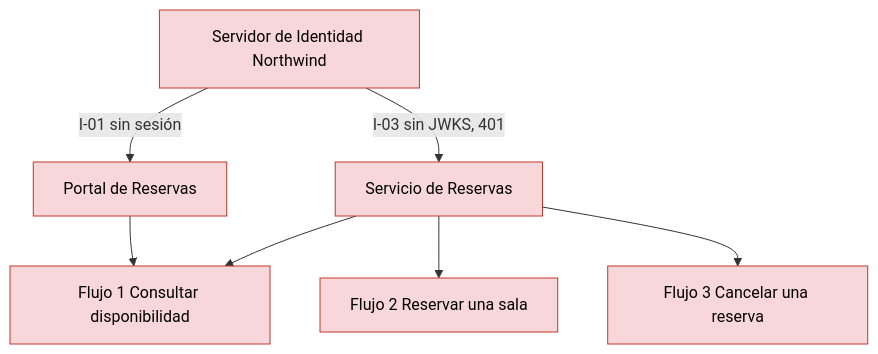
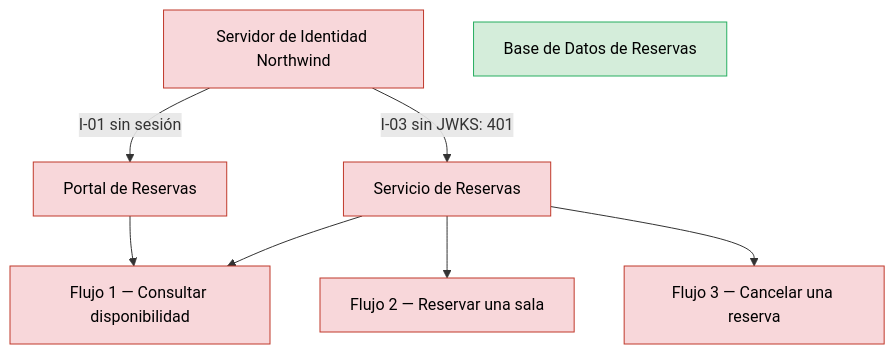
One commit to shadowX4fox/northwind-reservas changed the first of 3 diagrams in analysis/BLAST-RADIUS-2026-11-03.md. Above: the diagram before and after it, drawn with Mermaid. The commit also changed other lines of this file and 7 other files, not shown here.

````diff
--- a/analysis/BLAST-RADIUS-2026-11-03.md
+++ b/analysis/BLAST-RADIUS-2026-11-03.md
@@ -39,17 +37,18 @@
 ```mermaid
 flowchart TB
   IDP["Servidor de Identidad Northwind"]:::cascading
-  PORTAL["Portal de Reservas"]:::cascading
-  SVC["Servicio de Reservas"]:::cascading
-  F1["Flujo 1 Consultar disponibilidad"]:::cascading
-  F2["Flujo 2 Reservar una sala"]:::cascading
-  F3["Flujo 3 Cancelar una reserva"]:::cascading
-  IDP -->|I-01 sin sesión| PORTAL
-  IDP -->|I-03 sin JWKS, 401| SVC
-  PORTAL --> F1
-  SVC --> F1
-  SVC --> F2
-  SVC --> F3
+  POR["Portal de Reservas"]:::cascading
+  SRV["Servicio de Reservas"]:::cascading
+  F1["Flujo 1 — Consultar disponibilidad"]:::cascading
+  F2["Flujo 2 — Reservar una sala"]:::cascading
+  F3["Flujo 3 — Cancelar una reserva"]:::cascading
+  BD["Base de Datos de Reservas"]:::contained
+  IDP -->|I-01 sin sesión| POR
+  IDP -->|I-03 sin JWKS: 401| SRV
+  POR --> F1
+  SRV --> F1
+  SRV --> F2
+  SRV --> F3
   classDef cascading fill:#f8d7da,stroke:#c0392b,color:#000
   classDef contained fill:#d4edda,stroke:#27ae60,color:#000
 ```
````
